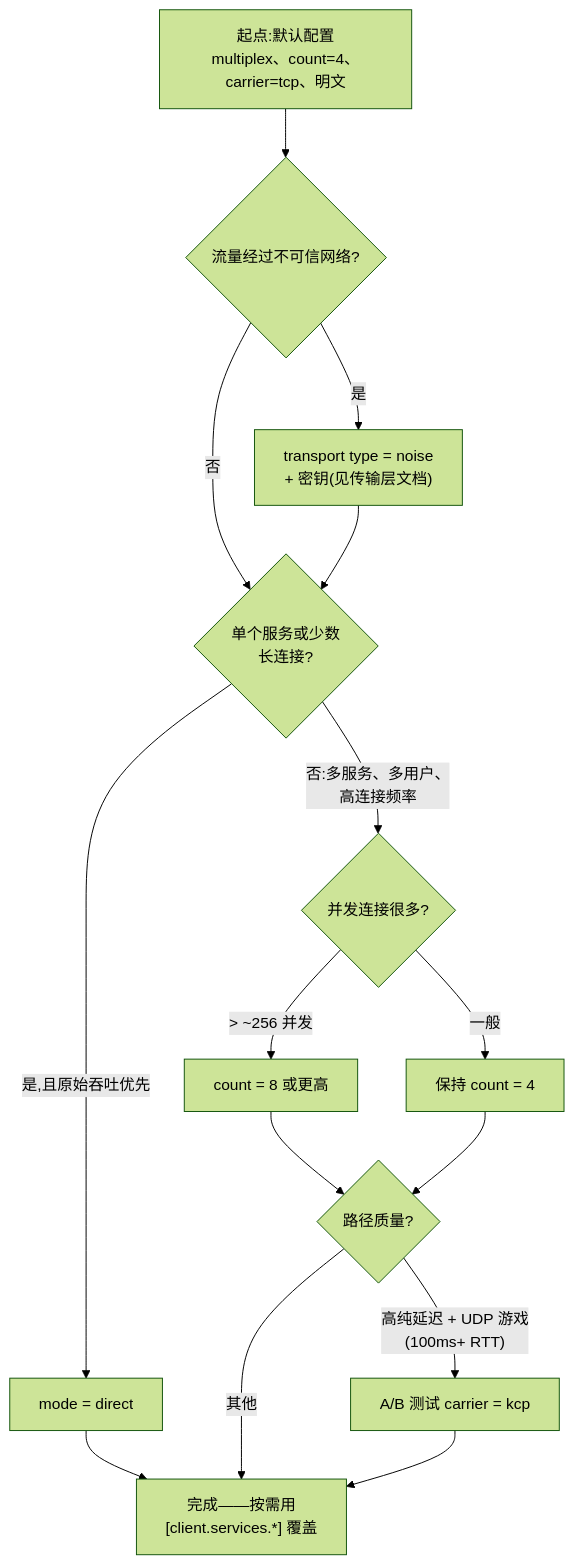
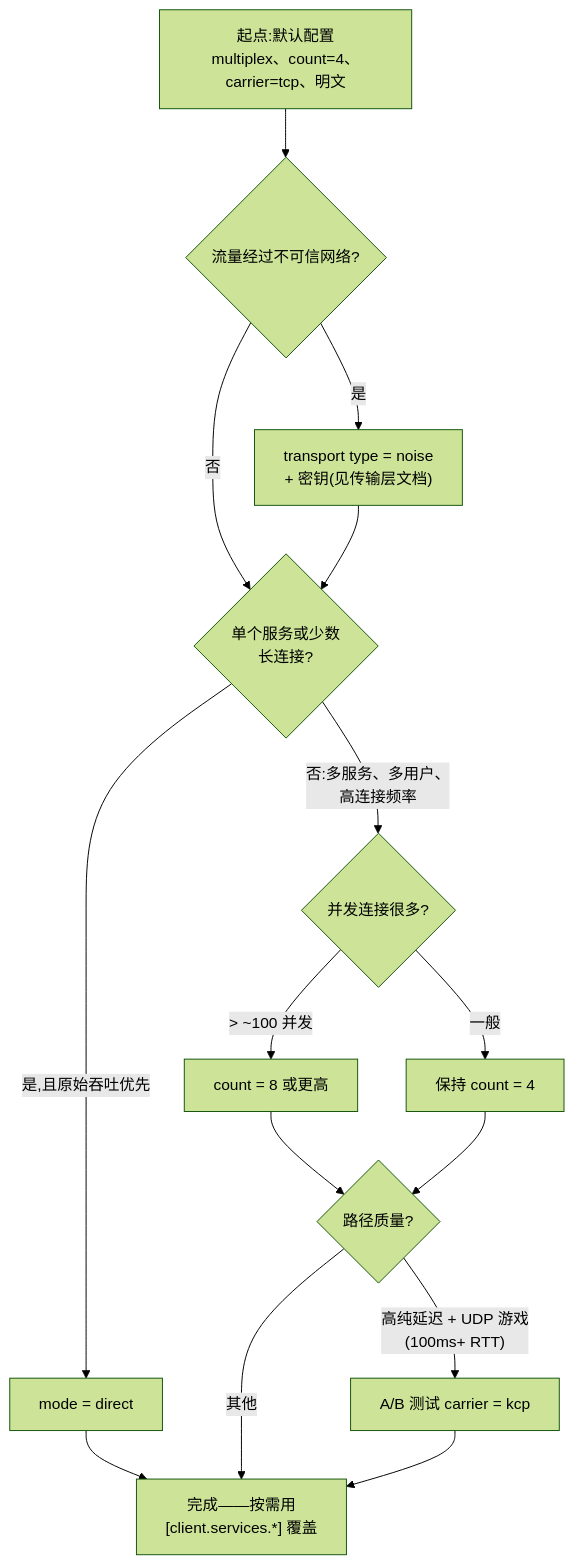
The diagram in docs/configuration.zh.md (NIyueeE/molehill), drawn with Mermaid (forest theme) before and after one commit. The commit also changed other lines of this file and 107 other files, not shown here.

````diff
--- a/docs/configuration.zh.md
+++ b/docs/configuration.zh.md
@@ -86,17 +87,17 @@
 ```mermaid
 flowchart TD
     A["起点:默认配置<br/>multiplex、count=4、carrier=tcp、明文"] --> B{"流量经过不可信网络?"}
     B -- 是 --> C["transport type = noise<br/>+ 密钥(见传输层文档)"]
     B -- 否 --> D{"单个服务或少数<br/>长连接?"}
     C --> D
     D -- "是,且原始吞吐优先" --> E["mode = direct"]
     D -- "否:多服务、多用户、<br/>高连接频率" --> F{"并发连接很多?"}
     E --> Z["完成——按需用<br/>[client.services.*] 覆盖"]
-    F -- "> ~256 并发" --> G["count = 8 或更高"]
+    F -- "> ~100 并发" --> G["count = 8 或更高"]
     F -- 一般 --> H["保持 count = 4"]
     G --> I{"路径质量?"}
     H --> I
     I -- "高纯延迟 + UDP 游戏<br/>(100ms+ RTT)" --> J["A/B 测试 carrier = kcp"]
     I -- 其他 --> Z
     J --> Z
 ```
````
